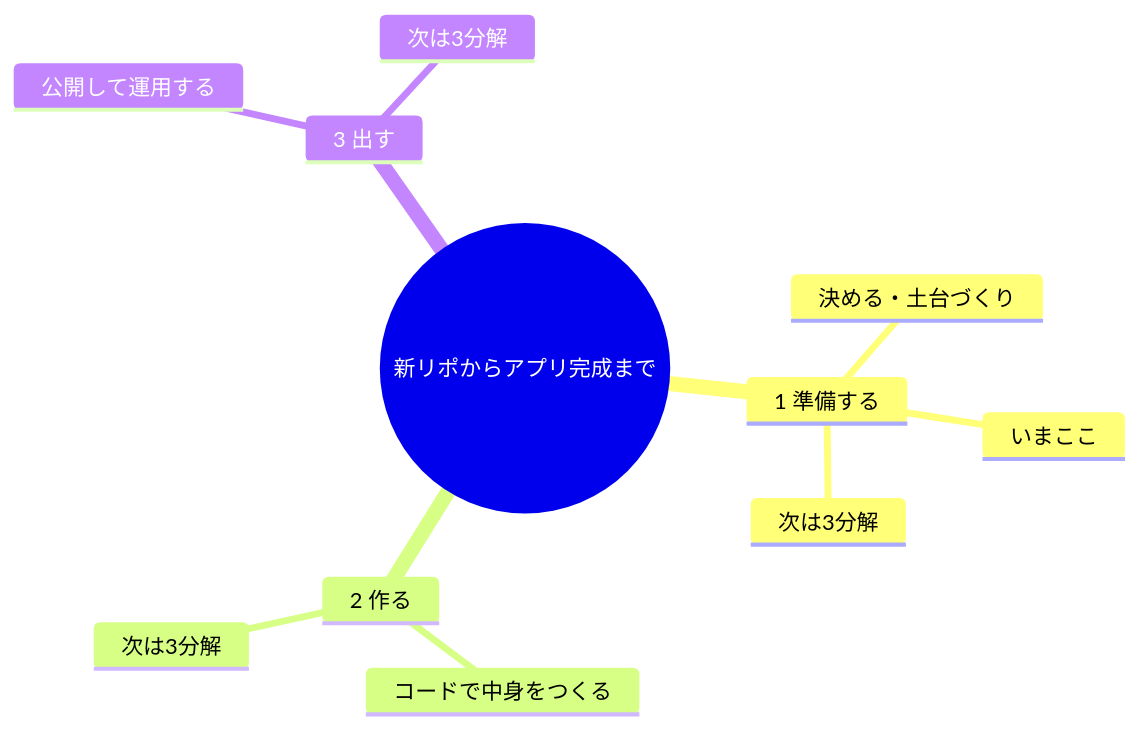
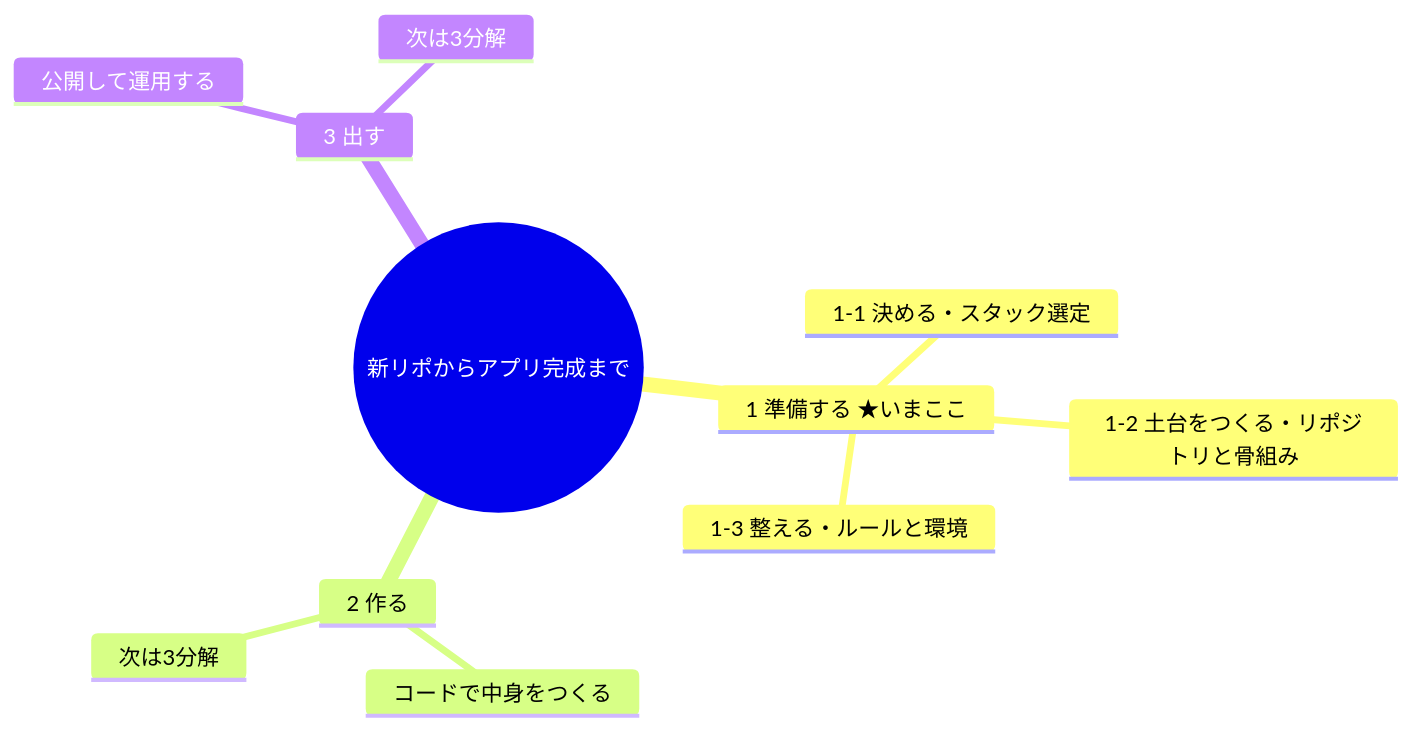
The diagram in docs/roadmap.md (rahiseko-alt/cc-v2), drawn with Mermaid before and after one commit. The commit also changed other lines of this file, not shown here.

First line of the commit message:
Expand roadmap: split phase 1 (prep) into 1-1/1-2/1-3

````diff
--- a/docs/roadmap.md
+++ b/docs/roadmap.md
@@ -15,14 +15,14 @@
 ```mermaid
 mindmap
   root((新リポからアプリ完成まで))
-    1 準備する
-      決める・土台づくり
-      いまここ
-      次は3分解
+    1 準備する ★いまここ
+      1-1 決める・スタック選定
+      1-2 土台をつくる・リポジトリと骨組み
+      1-3 整える・ルールと環境
     2 作る
       コードで中身をつくる
       次は3分解
     3 出す
       公開して運用する
       次は3分解
 ```
````
